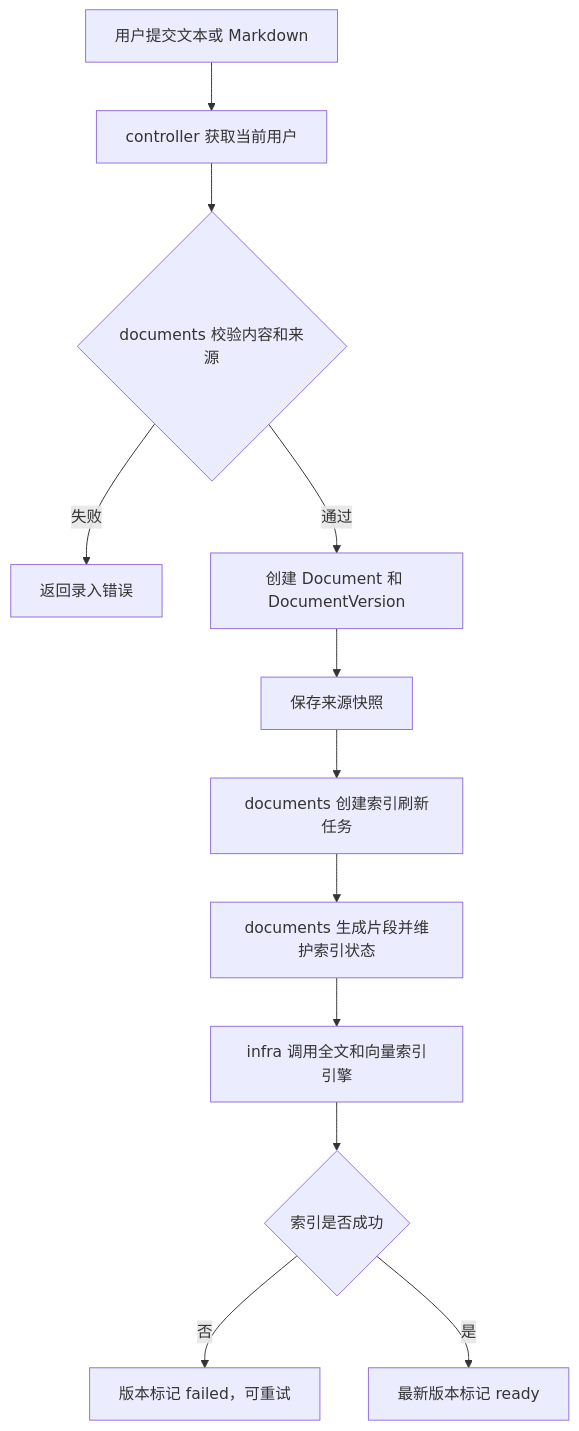
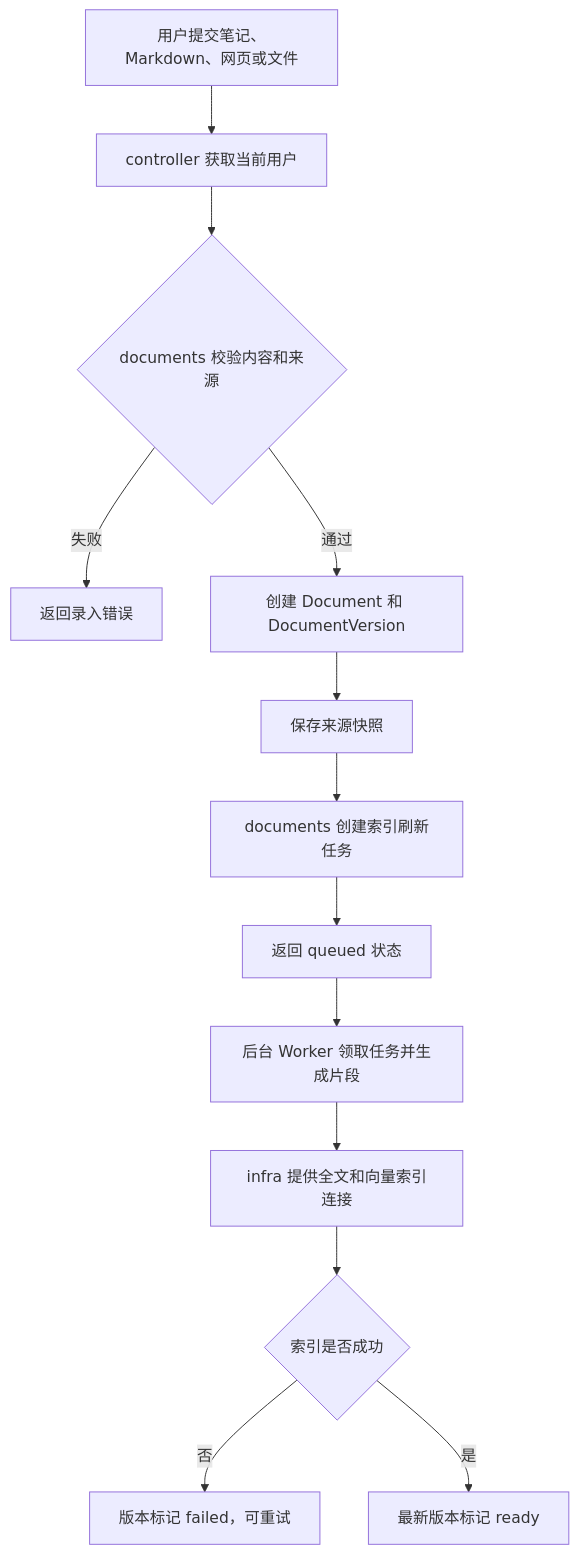
Before and after one commit to yoyo021608/yoyo-knowledge-base: the diagram in docs/flows/document-import.md, drawn with Mermaid. The commit also changed 29 other files, not shown here.

````diff
--- a/docs/flows/document-import.md
+++ b/docs/flows/document-import.md
@@ -3,14 +3,15 @@
 ```mermaid
 flowchart TD
-    A[用户提交文本或 Markdown] --> B[controller 获取当前用户]
+    A[用户提交笔记、Markdown、网页或文件] --> B[controller 获取当前用户]
     B --> C{documents 校验内容和来源}
     C -- 失败 --> D[返回录入错误]
     C -- 通过 --> E[创建 Document 和 DocumentVersion]
     E --> F[保存来源快照]
     F --> G[documents 创建索引刷新任务]
-    G --> H[documents 生成片段并维护索引状态]
-    H --> I[infra 调用全文和向量索引引擎]
-    I --> J{索引是否成功}
-    J -- 否 --> K[版本标记 failed，可重试]
-    J -- 是 --> L[最新版本标记 ready]
+    G --> H[返回 queued 状态]
+    H --> I[后台 Worker 领取任务并生成片段]
+    I --> J[infra 提供全文和向量索引连接]
+    J --> K{索引是否成功}
+    K -- 否 --> L[版本标记 failed，可重试]
+    K -- 是 --> M[最新版本标记 ready]
 ```
````
